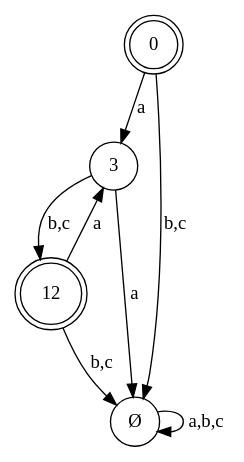
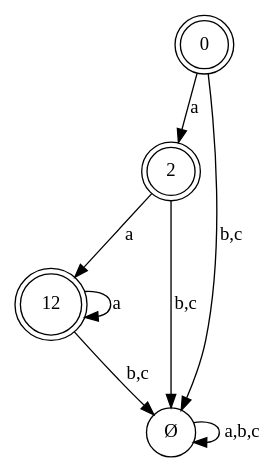
The diagram in projeto_1/test-output/graph.gv (igorbragaia/CTC-34), drawn with Graphviz before and after one commit. The commit also changed 3 other files, not shown here.

```diff
--- a/projeto_1/test-output/graph.gv
+++ b/projeto_1/test-output/graph.gv
@@ -1,13 +1,13 @@
 digraph {
 	0 [shape=doublecircle]
-	3 [shape=circle]
+	2 [shape=doublecircle]
 	12 [shape=doublecircle]
 	"Ø" [shape=circle]
-	0 -> 3 [label=a]
-	3 -> 12 [label="b,c"]
-	12 -> 3 [label=a]
+	0 -> 2 [label=a]
+	2 -> 12 [label=a]
+	12 -> 12 [label=a]
 	"Ø" -> "Ø" [label="a,b,c"]
 	0 -> "Ø" [label="b,c"]
-	3 -> "Ø" [label=a]
+	2 -> "Ø" [label="b,c"]
 	12 -> "Ø" [label="b,c"]
 }
```
